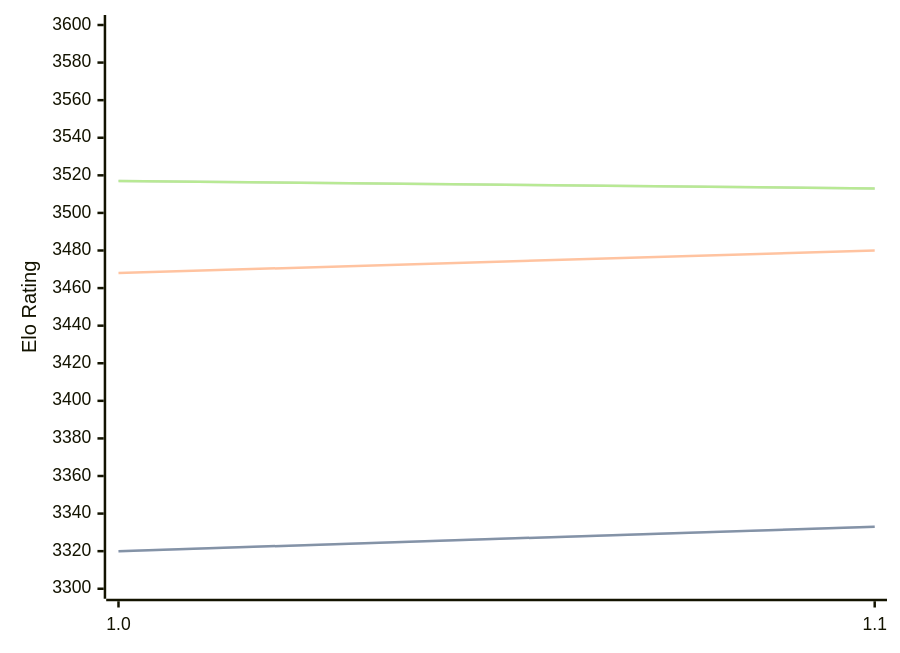
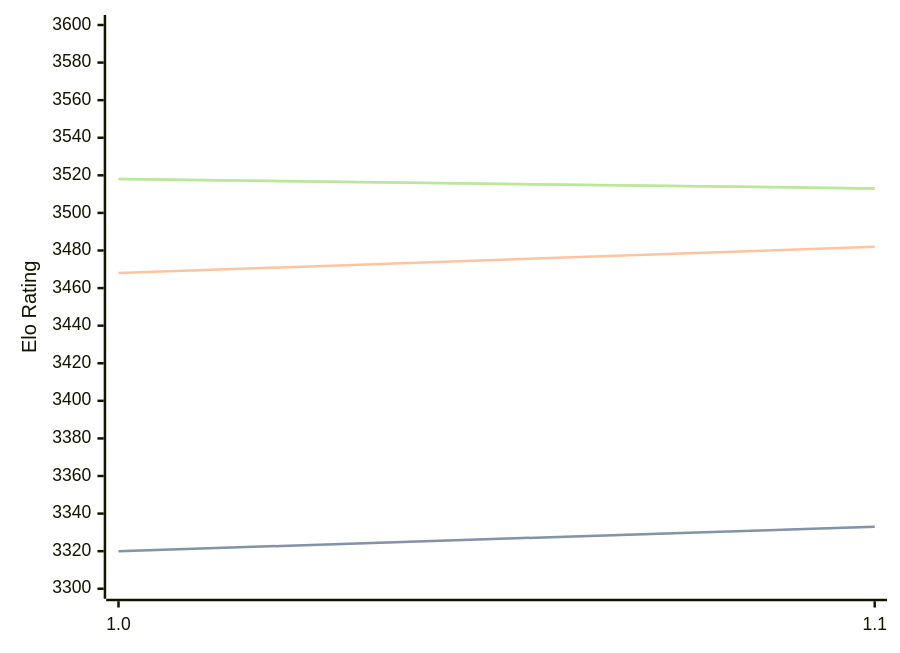
The first of 3 diagrams in engines/Horsie.md (computer-chess-index/cci), drawn with Mermaid before and after one commit. The commit also changed other lines of this file, not shown here.

Commit message:
Update CCI Ratings (ELO VLTC) - 2026-06-21

````diff
--- a/engines/Horsie.md
+++ b/engines/Horsie.md
@@ -32,11 +32,11 @@
 ```mermaid
 %%{init: {"theme":"base","themeVariables":{"seriesColors:['#a3a3a3','#222221','#faa371']}}}%%
 xychart-beta
   x-axis ["1.0", "1.1"]
   y-axis "Elo Rating" 3300 --> 3600
   line "STC (8.0+0.08s)" [3320, 3333]
   line "STC (8.0+0.08s)" [3320, 3333]
-  line "LTC (60.0+0.60s)" [3468, 3480]
-  line "VLTC (2m24s+1.12s)" [3517, 3513]
-  line "VLTC (2m24s+1.12s)" [3517, 3513]
+  line "LTC (60.0+0.60s)" [3468, 3482]
+  line "VLTC (2m24s+1.12s)" [3518, 3513]
+  line "VLTC (2m24s+1.12s)" [3518, 3513]
 ```
````
